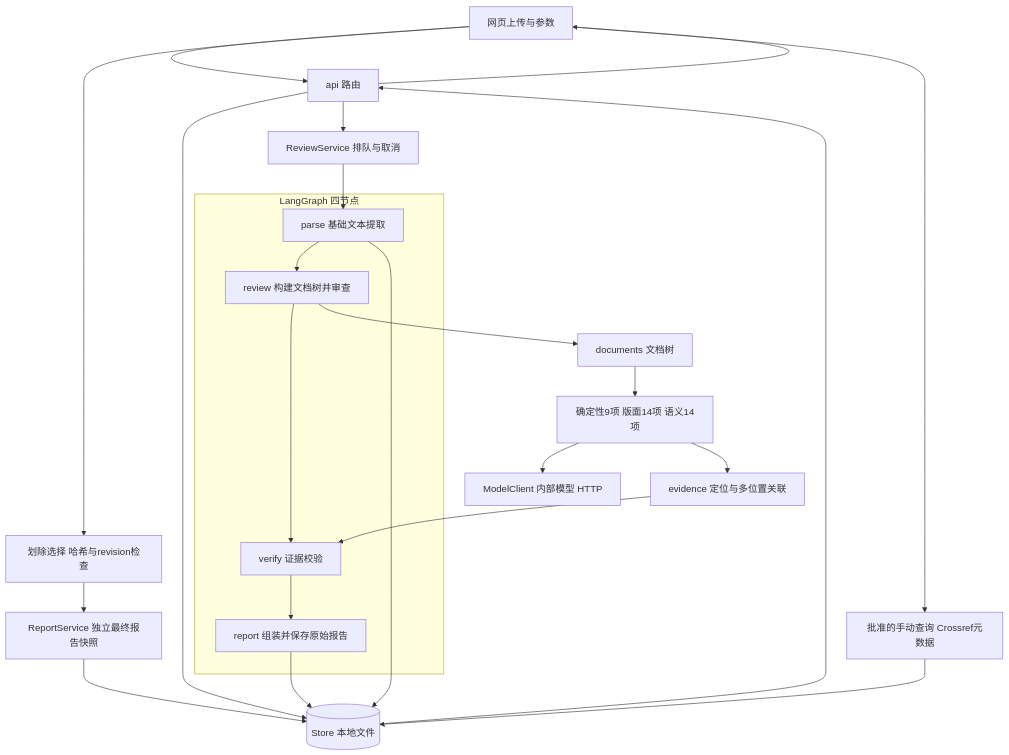
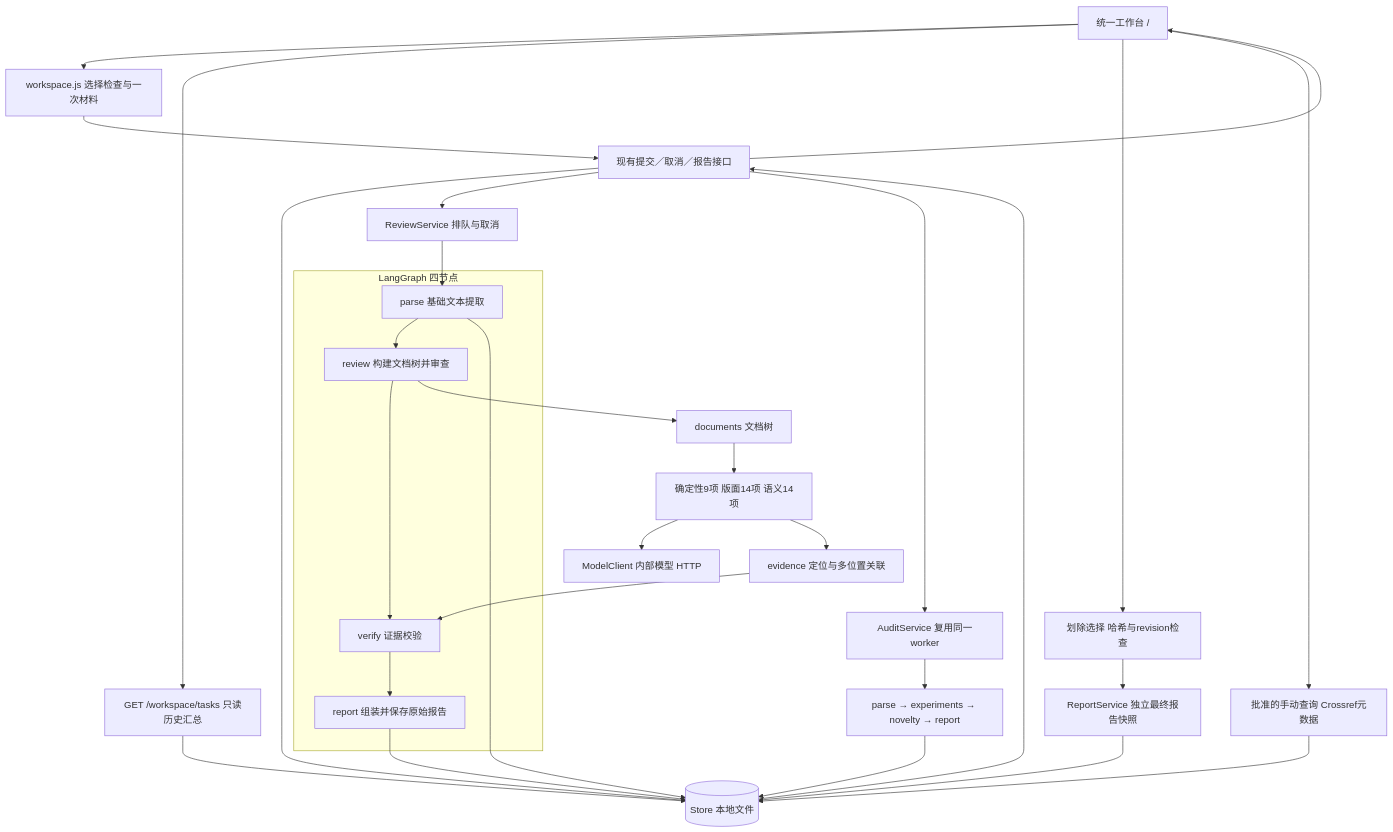
The first of 2 diagrams in docs/技术方案.md (SilWhite/thesis_review_agent), drawn with Mermaid before and after one commit. The commit also changed other lines of this file and 29 other files, not shown here.

````diff
--- a/docs/技术方案.md
+++ b/docs/技术方案.md
@@ -13,26 +15,32 @@
 ```mermaid
 flowchart TB
-    UI[网页上传与参数] --> API[api 路由]
+    UI[统一工作台 /] --> OPTIONS[workspace.js 选择检查与一次材料]
+    OPTIONS --> API[现有提交／取消／报告接口]
+    UI --> HISTORY[GET /workspace/tasks 只读历史汇总]
+    HISTORY --> STORE
     API --> STORE[(Store 本地文件)]
     API --> JOBS[ReviewService 排队与取消]
+    API --> AUDIT[AuditService 复用同一worker]
+    AUDIT --> SUP[parse → experiments → novelty → report]
+    SUP --> STORE
     subgraph GRAPH[LangGraph 四节点]
       P[parse 基础文本提取] --> R[review 构建文档树并审查]
       R --> V[verify 证据校验]
       V --> O[report 组装并保存原始报告]
     end
     JOBS --> P
     P --> STORE
     R --> DOC[documents 文档树]
     DOC --> CHECK[确定性9项 版面14项 语义14项]
     CHECK --> LLM[ModelClient 内部模型 HTTP]
     CHECK --> E[evidence 定位与多位置关联]
     E --> V
     O --> STORE
     STORE --> API
     API --> UI
     UI --> HUMAN[划除选择 哈希与revision检查]
     HUMAN --> FINAL[ReportService 独立最终报告快照]
     FINAL --> STORE
     UI --> SEARCH[批准的手动查询 Crossref元数据]
     SEARCH --> STORE
 ```
````
